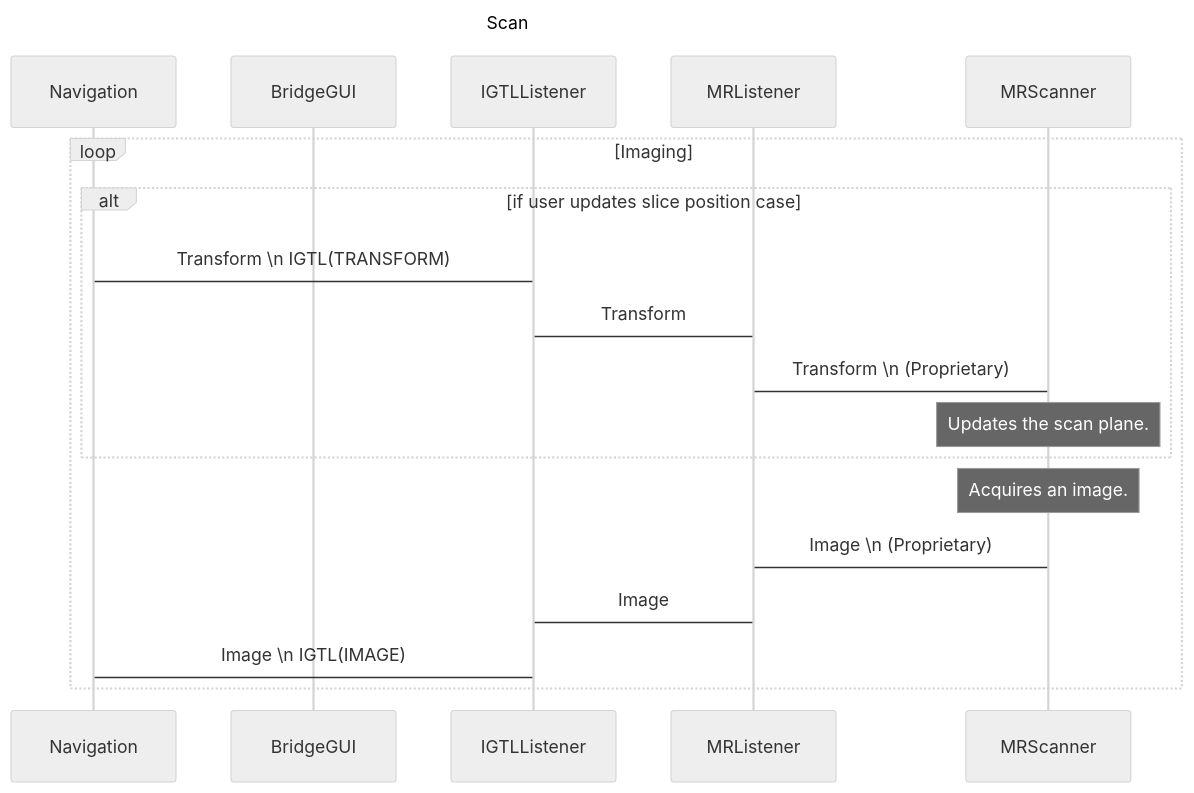
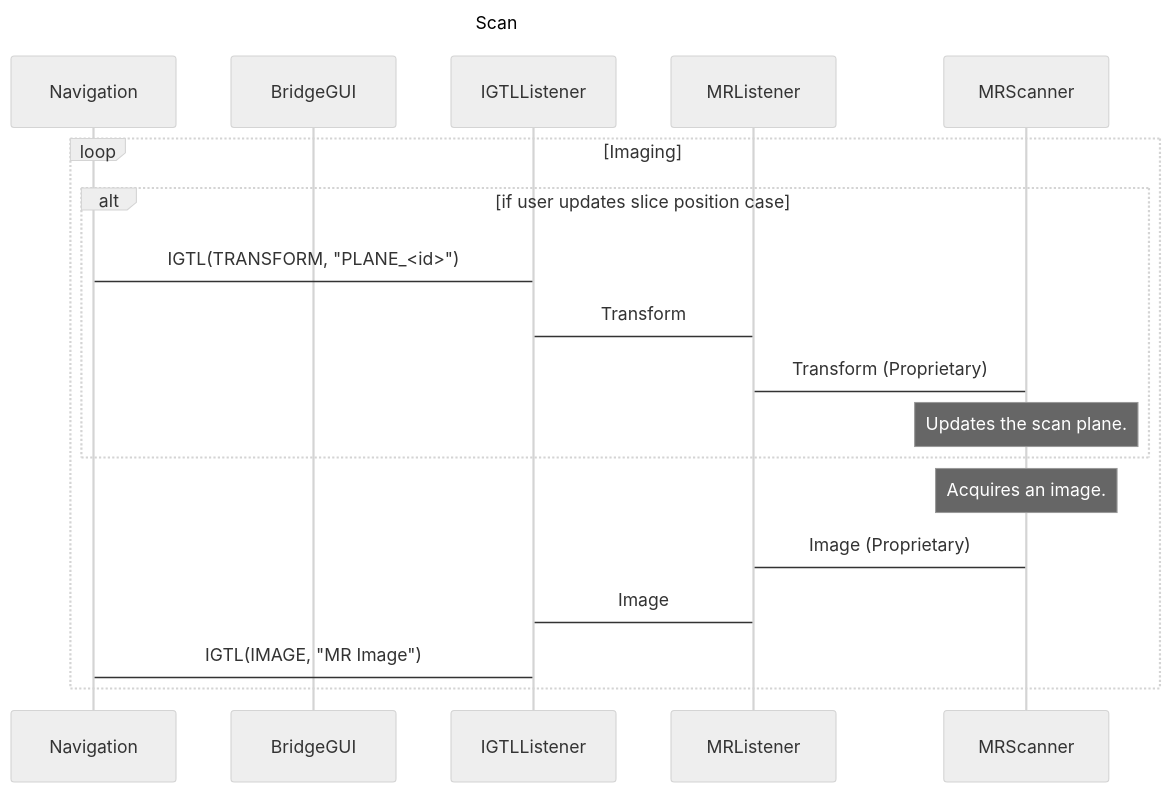
One commit to ProstateBRP/mrigtlbridge changed the third of 3 diagrams in README.md. Above: the diagram before and after it, drawn with Mermaid (neutral theme). The commit also changed other lines of this file, not shown here.

Commit message:
Update the sequence diagram.

````diff
--- a/README.md
+++ b/README.md
@@ -72,23 +72,23 @@
 ```mermaid
 sequenceDiagram
 
 title Scan
 participant Navigation
 participant BridgeGUI
 participant IGTLListener
 participant MRListener
 
 loop Imaging
   alt if user updates slice position case
-    Navigation -> IGTLListener : Transform \n IGTL(TRANSFORM)
+    Navigation -> IGTLListener : IGTL(TRANSFORM, "PLANE_<id>")
     IGTLListener -> MRListener : Transform
-    MRListener -> MRScanner : Transform \n (Proprietary)
+    MRListener -> MRScanner : Transform (Proprietary)
     note over MRScanner: Updates the scan plane.
   end
   note over MRScanner: Acquires an image.
-  MRScanner -> MRListener : Image \n (Proprietary)
+  MRScanner -> MRListener : Image (Proprietary)
   MRListener -> IGTLListener : Image
-  IGTLListener -> Navigation : Image \n IGTL(IMAGE)
+  IGTLListener -> Navigation : IGTL(IMAGE, "MR Image")
 end
 
 ```
````
